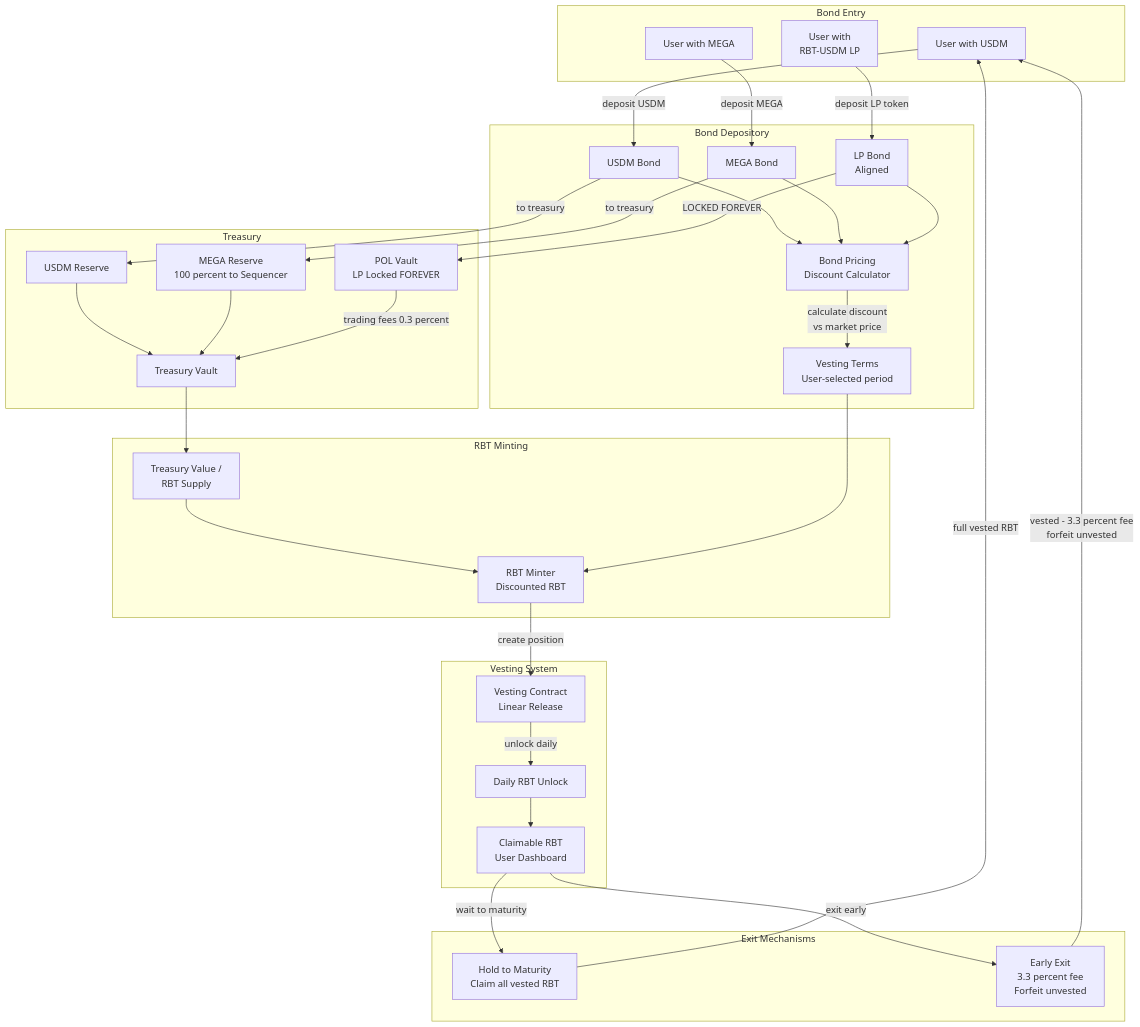
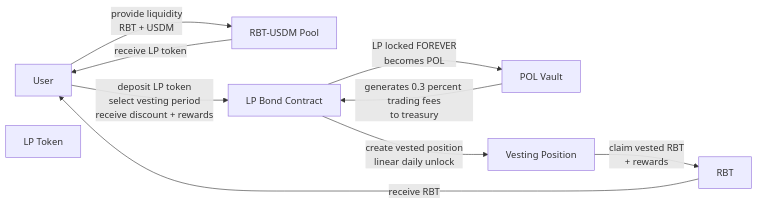
The fifth of 10 diagrams in blackhaven-architecture-diagrams.md (0xJaehaerys/ohmega), drawn with Mermaid before and after one commit. The commit also changed other lines of this file, not shown here.

Commit message:
Simplify all diagrams: small blocks with detailed arrows, split complex flows

````diff
--- a/blackhaven-architecture-diagrams.md
+++ b/blackhaven-architecture-diagrams.md
@@ -125,71 +143,19 @@
 ```mermaid
-graph TB
-    subgraph "Bond Entry"
-        USER_USDM[User with USDM]
-        USER_MEGA[User with MEGA]
-        USER_LP[User with<br/>RBT-USDM LP]
-    end
+graph LR
+    USER[User]
+    LP_POOL[RBT-USDM Pool]
+    LP_TOKEN[LP Token]
+    LP_BOND[LP Bond Contract]
+    POL[POL Vault]
+    VESTING[Vesting Position]
+    RBT[RBT]
     
-    subgraph "Bond Depository"
-        USDM_BOND[USDM Bond]
-        MEGA_BOND[MEGA Bond]
-        LP_BOND[LP Bond<br/>Aligned]
-        PRICING[Bond Pricing<br/>Discount Calculator]
-        TERMS[Vesting Terms<br/>User-selected period]
-    end
-    
-    subgraph "Treasury"
-        TREASURY[Treasury Vault]
-        USDM_RES[USDM Reserve]
-        MEGA_RES[MEGA Reserve<br/>100 percent to Sequencer]
-        POL_VAULT[POL Vault<br/>LP Locked FOREVER]
-    end
-    
-    subgraph "Vesting System"
-        VESTING[Vesting Contract<br/>Linear Release]
-        DAILY_UNLOCK[Daily RBT Unlock]
-        CLAIMABLE[Claimable RBT<br/>User Dashboard]
-    end
-    
-    subgraph "RBT Minting"
-        BACKING[Treasury Value /<br/>RBT Supply]
-        MINTER[RBT Minter<br/>Discounted RBT]
-    end
-    
-    subgraph "Exit Mechanisms"
-        MATURITY[Hold to Maturity<br/>Claim all vested RBT]
-        EARLY_EXIT[Early Exit<br/>3.3 percent fee<br/>Forfeit unvested]
-    end
-    
-    USER_USDM -->|deposit USDM| USDM_BOND
-    USER_MEGA -->|deposit MEGA| MEGA_BOND
-    USER_LP -->|deposit LP token| LP_BOND
-    
-    USDM_BOND --> PRICING
-    MEGA_BOND --> PRICING
-    LP_BOND --> PRICING
-    
-    PRICING -->|calculate discount<br/>vs market price| TERMS
-    
-    USDM_BOND -->|to treasury| USDM_RES
-    MEGA_BOND -->|to treasury| MEGA_RES
-    LP_BOND -->|LOCKED FOREVER| POL_VAULT
-    
-    USDM_RES --> TREASURY
-    MEGA_RES --> TREASURY
-    POL_VAULT -->|trading fees 0.3 percent| TREASURY
-    
-    TREASURY --> BACKING
-    BACKING --> MINTER
-    TERMS --> MINTER
-    
-    MINTER -->|create position| VESTING
-    VESTING -->|unlock daily| DAILY_UNLOCK
-    DAILY_UNLOCK --> CLAIMABLE
-    
-    CLAIMABLE -->|wait to maturity| MATURITY
-    CLAIMABLE -->|exit early| EARLY_EXIT
-    
-    MATURITY -->|full vested RBT| USER_USDM
-    EARLY_EXIT -->|vested - 3.3 percent fee<br/>forfeit unvested| USER_USDM
+    USER -->|provide liquidity<br/>RBT + USDM| LP_POOL
+    LP_POOL -->|receive LP token| USER
+    USER -->|deposit LP token<br/>select vesting period<br/>receive discount + rewards| LP_BOND
+    LP_BOND -->|LP locked FOREVER<br/>becomes POL| POL
+    POL -->|generates 0.3 percent trading fees<br/>to treasury| LP_BOND
+    LP_BOND -->|create vested position<br/>linear daily unlock| VESTING
+    VESTING -->|claim vested RBT<br/>+ rewards| RBT
+    RBT -->|receive RBT| USER
 ```
````
